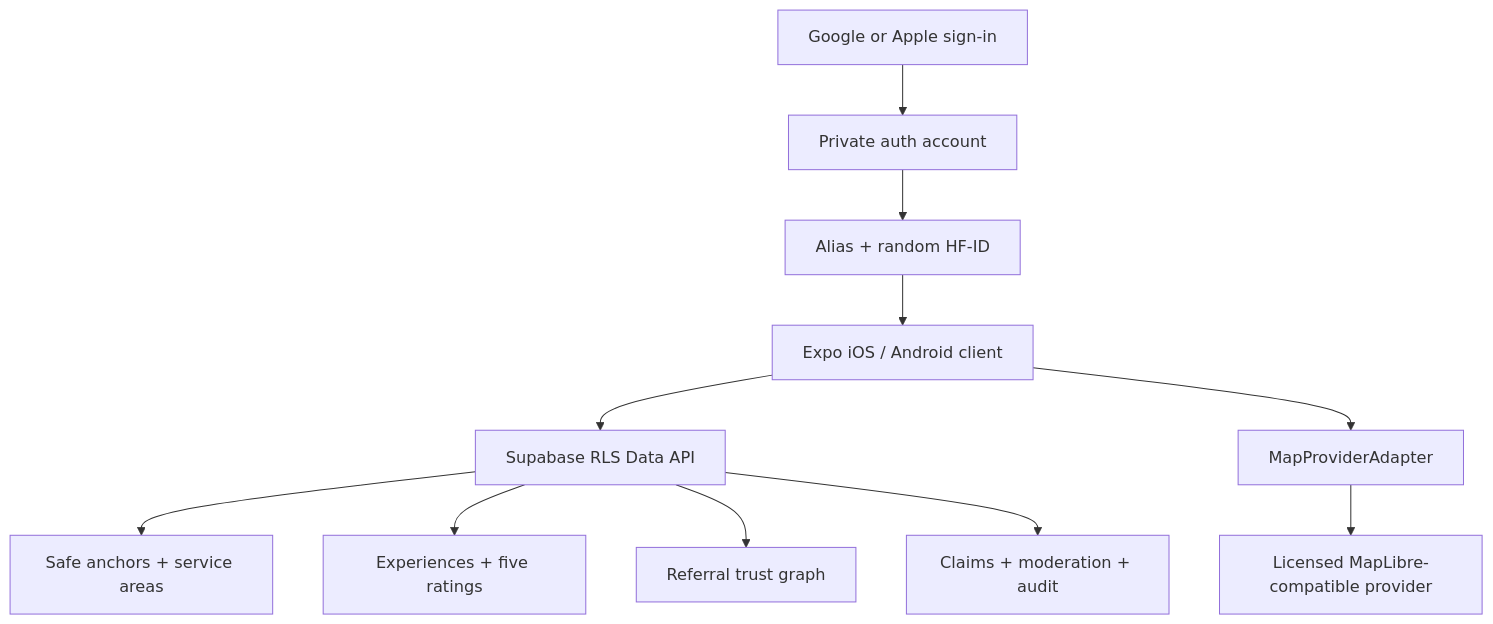
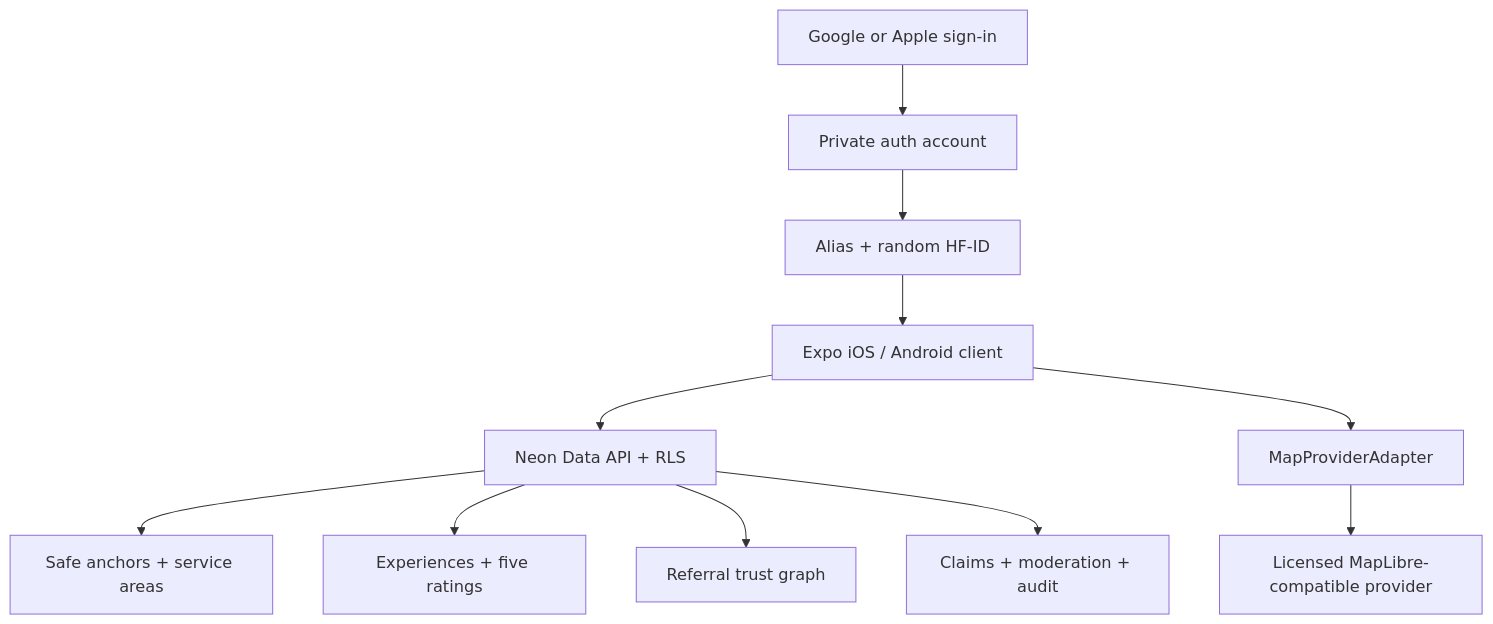
One commit to TopChain/HouseFriends changed the diagram in docs/ARCHITECTURE.md. Above: the diagram before and after it, drawn with Mermaid. The commit also changed other lines of this file and 27 other files, not shown here.

````diff
--- a/docs/ARCHITECTURE.md
+++ b/docs/ARCHITECTURE.md
@@ -3,13 +3,13 @@
 ```mermaid
 flowchart TD
   A[Google or Apple sign-in] --> B[Private auth account]
   B --> C[Alias + random HF-ID]
   C --> D[Expo iOS / Android client]
-  D --> E[Supabase RLS Data API]
+  D --> E[Neon Data API + RLS]
   D --> F[MapProviderAdapter]
   F --> G[Licensed MapLibre-compatible provider]
   E --> H[Safe anchors + service areas]
   E --> I[Experiences + five ratings]
   E --> J[Referral trust graph]
   E --> K[Claims + moderation + audit]
 ```
````
